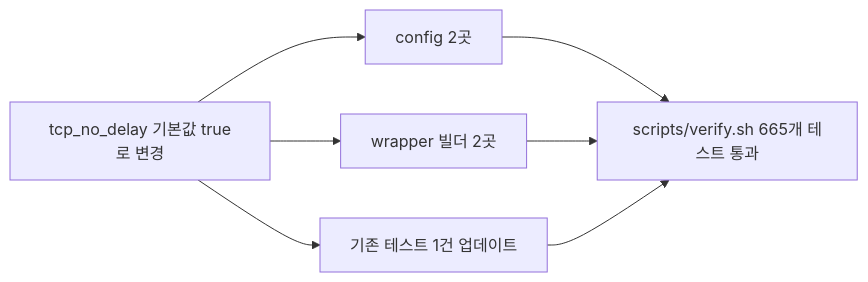
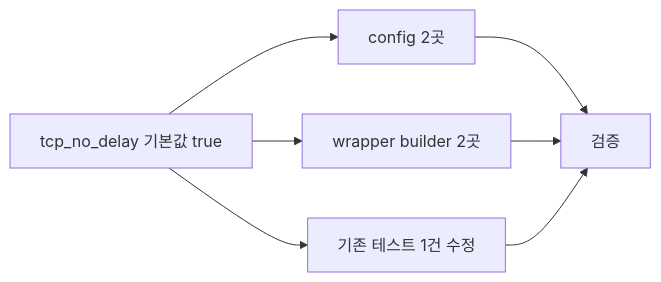
Before and after one commit to jwsung91/jwsung91.github.io: the seventh of 8 diagrams in src/content/blog/2026-07-01-unilink-tcp-nodelay-트러블슈팅.md, drawn with Mermaid. The commit also changed other lines of this file, not shown here.

Commit message:
Update Blog “2026-07-01-unilink-tcp-nodelay-트러블슈팅”

````diff
--- a/src/content/blog/2026-07-01-unilink-tcp-nodelay-트러블슈팅.md
+++ b/src/content/blog/2026-07-01-unilink-tcp-nodelay-트러블슈팅.md
@@ -128,9 +209,9 @@
 ```mermaid
 flowchart LR
-    A[tcp_no_delay 기본값 true로 변경] --> B[config 2곳]
-    A --> C[wrapper 빌더 2곳]
-    A --> D[기존 테스트 1건 업데이트]
-    B --> E[scripts/verify.sh 665개 테스트 통과]
+    A[tcp_no_delay 기본값 true] --> B[config 2곳]
+    A --> C[wrapper builder 2곳]
+    A --> D[기존 테스트 1건 수정]
+    B --> E[검증]
     C --> E
     D --> E
 ```
````
